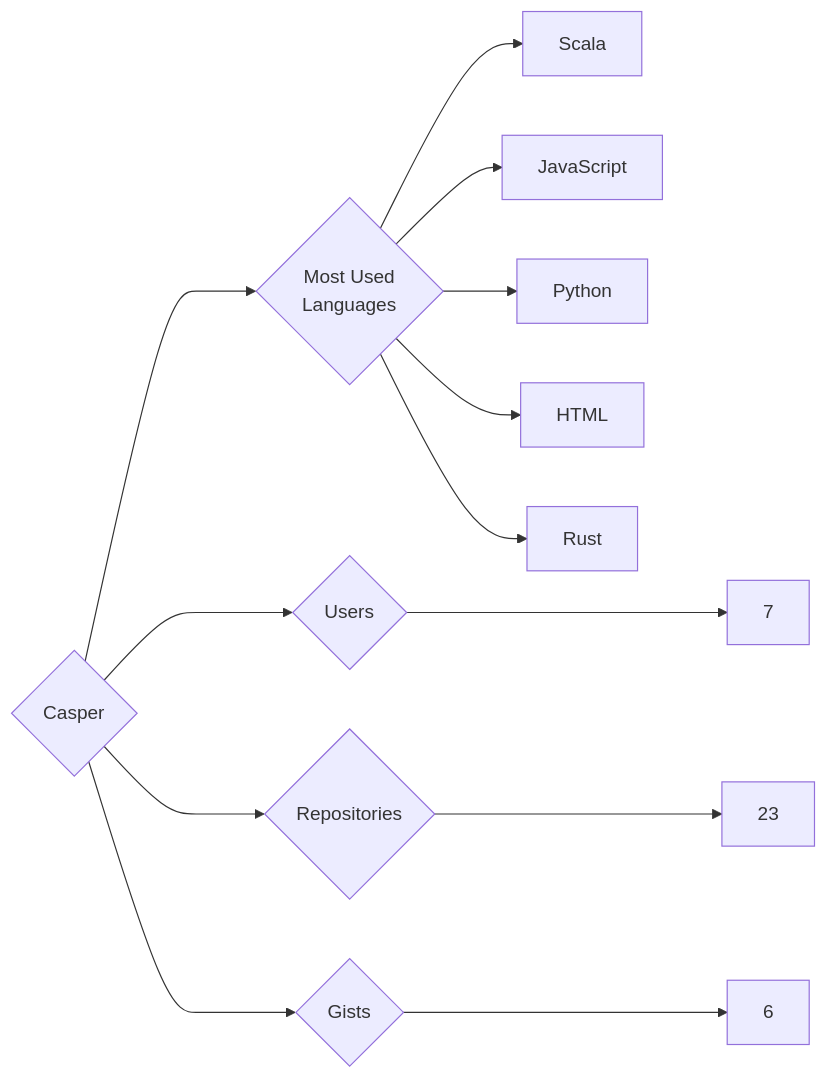
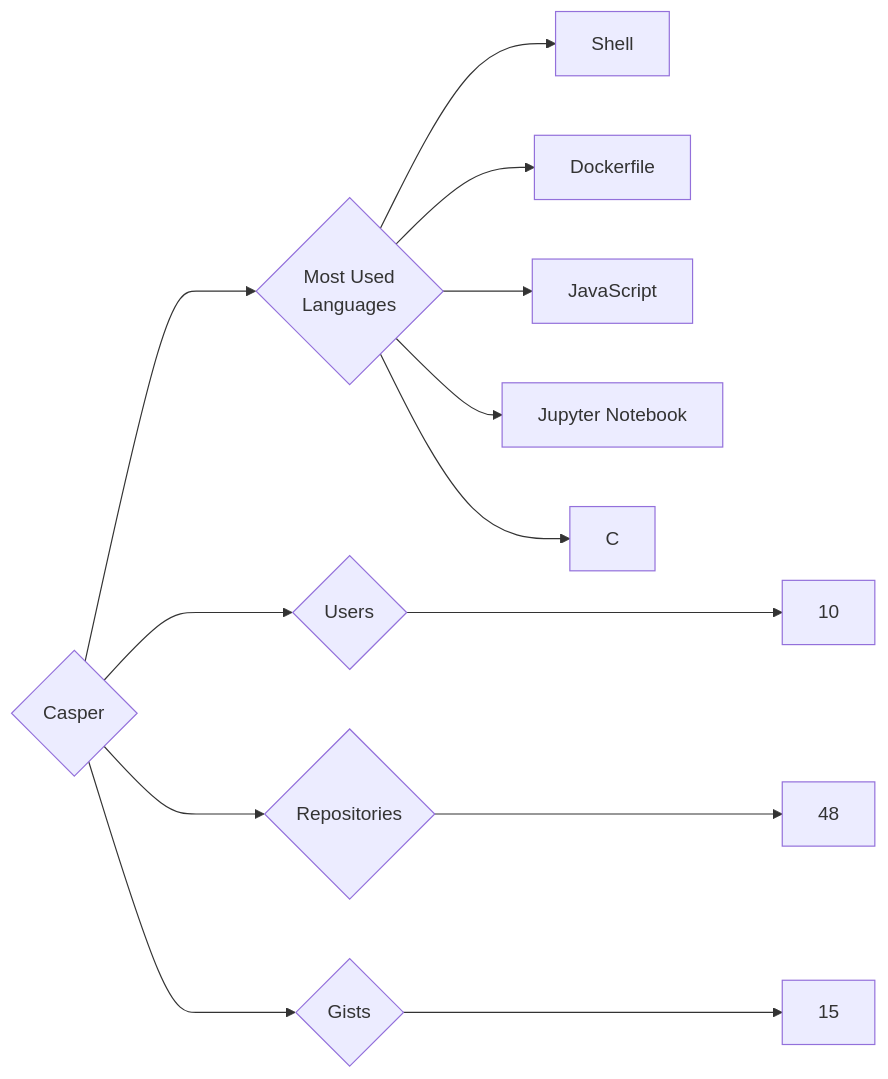
Before and after one commit to trickest/insiders: the diagram in targets/Casper/README.md, drawn with Mermaid. The commit also changed 899 other files, not shown here.

````diff
--- a/targets/Casper/README.md
+++ b/targets/Casper/README.md
@@ -3,13 +3,13 @@
 ```mermaid
 graph LR
 COMPANY_NAME{Casper}
-COMPANY_NAME ---> U{Users} ---> UN[7]
-COMPANY_NAME ---> R{Repositories} ---> RN[23]
-COMPANY_NAME ---> G{Gists} ---> GN[6]
+COMPANY_NAME ---> U{Users} ---> UN[10]
+COMPANY_NAME ---> R{Repositories} ---> RN[48]
+COMPANY_NAME ---> G{Gists} ---> GN[15]
 COMPANY_NAME ---> ML{Most Used<br>Languages}
-ML --> Scala[Scala]
+ML --> Shell[Shell]
+ML --> Dockerfile[Dockerfile]
 ML --> JavaScript[JavaScript]
-ML --> Python[Python]
-ML --> HTML[HTML]
-ML --> Rust[Rust]
+ML --> Jupyter_Notebook[Jupyter Notebook]
+ML --> C[C]
 ```
````
